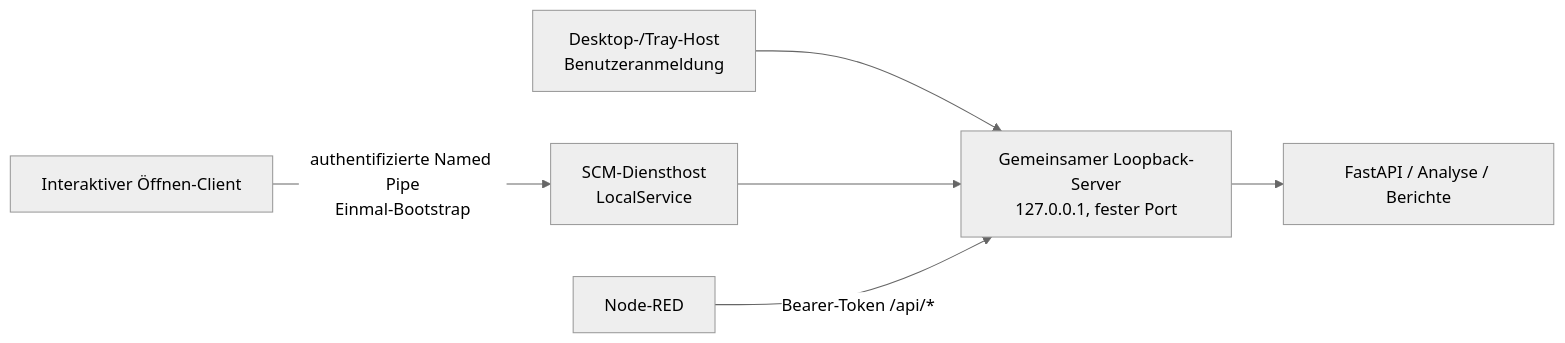
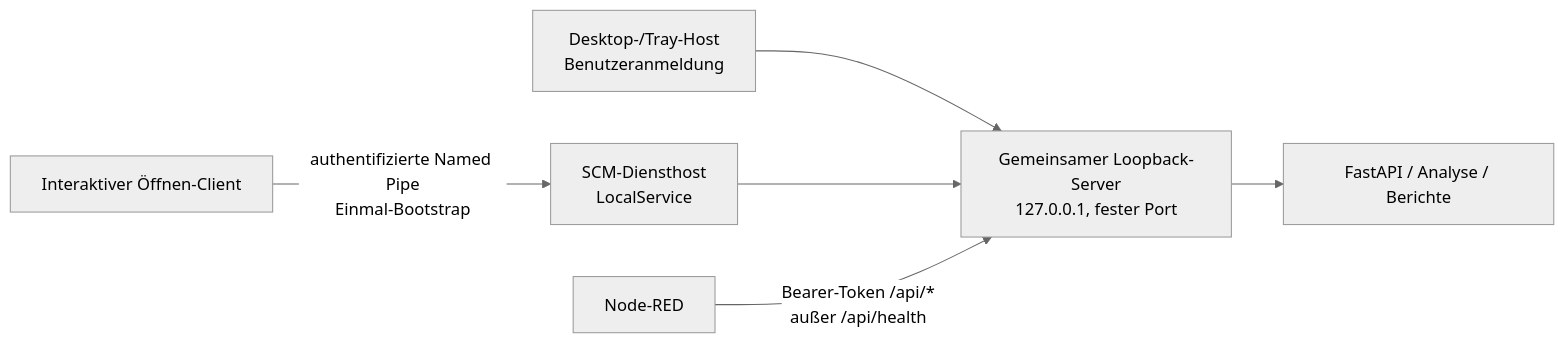
Before and after one commit to Harpau/E-Rechnungs-Pruefer: the second of 2 diagrams in docs/ARCHITECTURE.md, drawn with Mermaid (neutral theme). The commit also changed other lines of this file and 86 other files, not shown here.

Commit message:
Release analysis schema 2 and version 2.0.0

````diff
--- a/docs/ARCHITECTURE.md
+++ b/docs/ARCHITECTURE.md
@@ -101,8 +191,8 @@
 ```mermaid
 flowchart LR
     D["Desktop-/Tray-Host<br/>Benutzeranmeldung"] --> R["Gemeinsamer Loopback-Server<br/>127.0.0.1, fester Port"]
     S["SCM-Diensthost<br/>LocalService"] --> R
     R --> A["FastAPI / Analyse / Berichte"]
     C["Interaktiver Öffnen-Client"] -->|"authentifizierte Named Pipe<br/>Einmal-Bootstrap"| S
-    N["Node-RED"] -->|"Bearer-Token /api/*"| R
+    N["Node-RED"] -->|"Bearer-Token /api/*<br/>außer /api/health"| R
 ```
````
